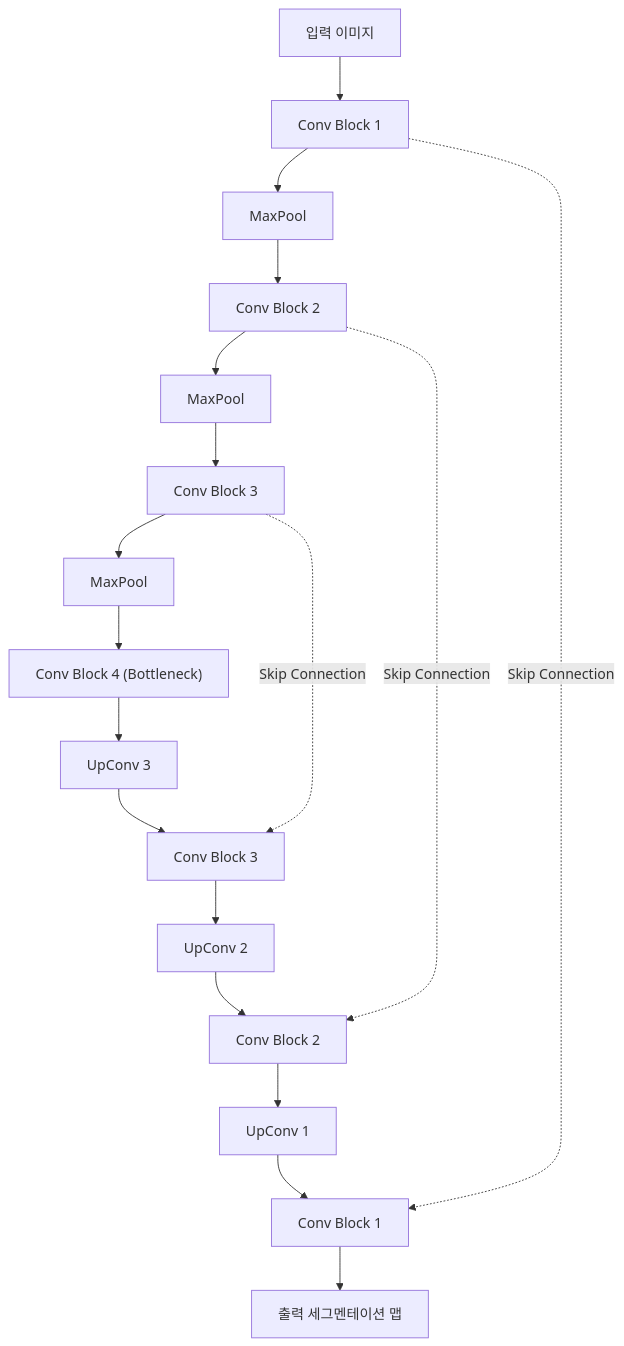
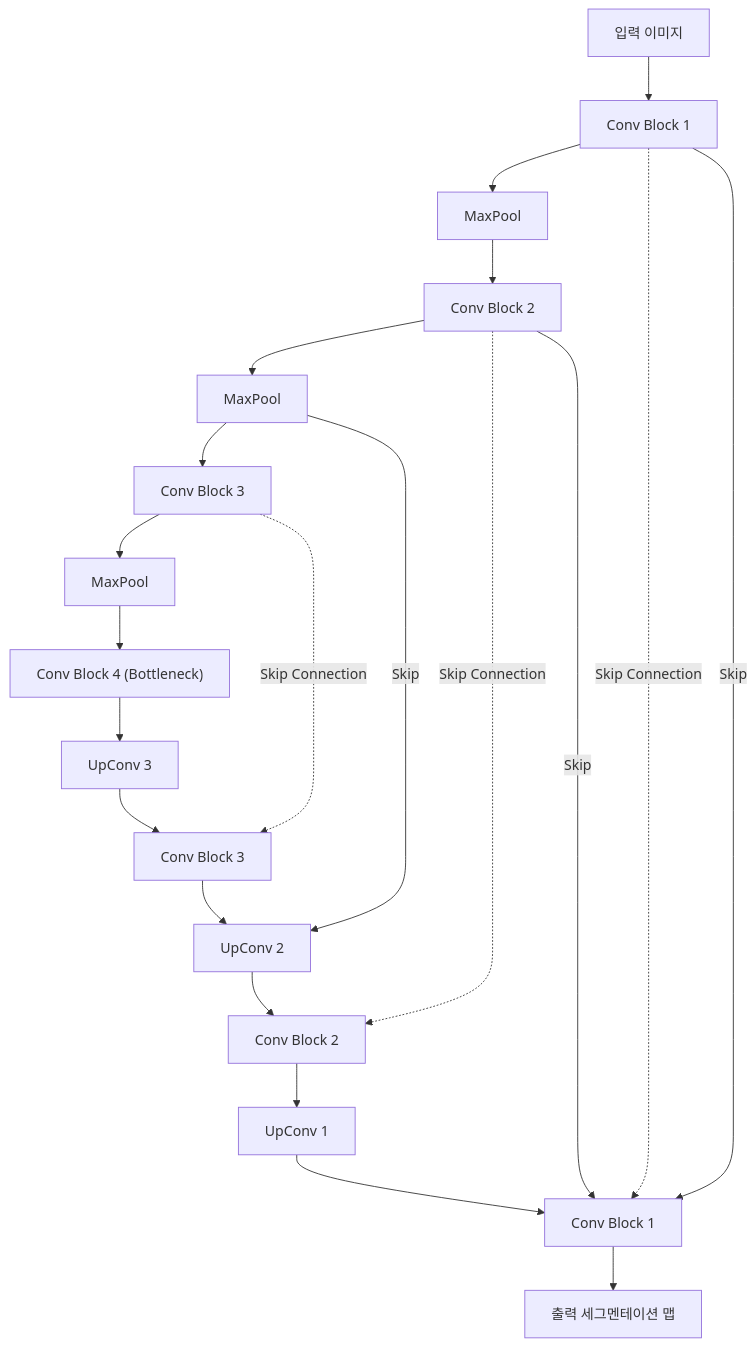
One commit to harimkang/ai-engineer-guide changed the diagram in docs/3-컴퓨터-비전/3-3-대표-모델/segmentation-models.md. Above: the diagram before and after it, drawn with Mermaid. The commit also changed 8 other files, not shown here.

````diff
--- a/docs/3-컴퓨터-비전/3-3-대표-모델/segmentation-models.md
+++ b/docs/3-컴퓨터-비전/3-3-대표-모델/segmentation-models.md
@@ -33,24 +33,28 @@
 ```mermaid
 graph TD;
     Input["입력 이미지"] --> C1["Conv Block 1"]
     C1 --> P1["MaxPool"]
     P1 --> C2["Conv Block 2"]
     C2 --> P2["MaxPool"]
     P2 --> C3["Conv Block 3"]
     C3 --> P3["MaxPool"]
     P3 --> C4["Conv Block 4 (Bottleneck)"]
     
     C4 --> U3["UpConv 3"]
     U3 --> D3["Conv Block 3"]
     C3 -.->|"Skip Connection"| D3
     
     D3 --> U2["UpConv 2"]
     U2 --> D2["Conv Block 2"]
     C2 -.->|"Skip Connection"| D2
     
     D2 --> U1["UpConv 1"]
     U1 --> D1["Conv Block 1"]
     C1 -.->|"Skip Connection"| D1
     
     D1 --> Output["출력 세그멘테이션 맵"]
+    C2 -- Skip --> D1
+    C1 -- Skip --> D1
+
+    P2 -- Skip --> U2
 ```
````
